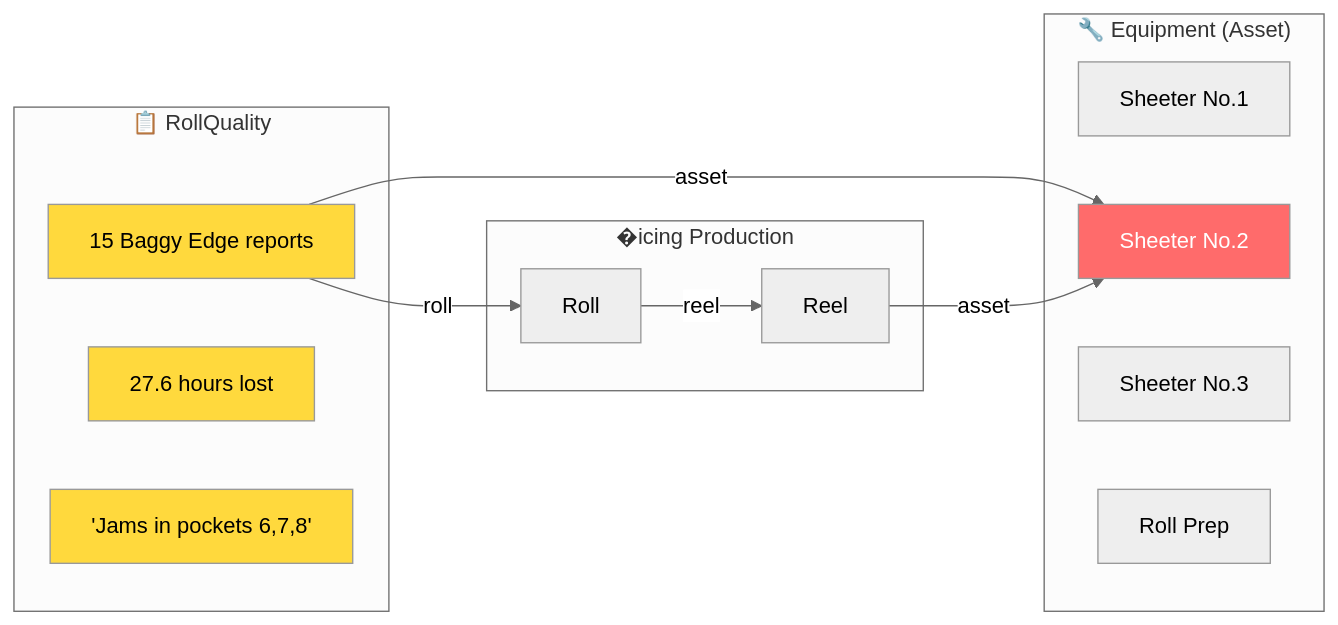
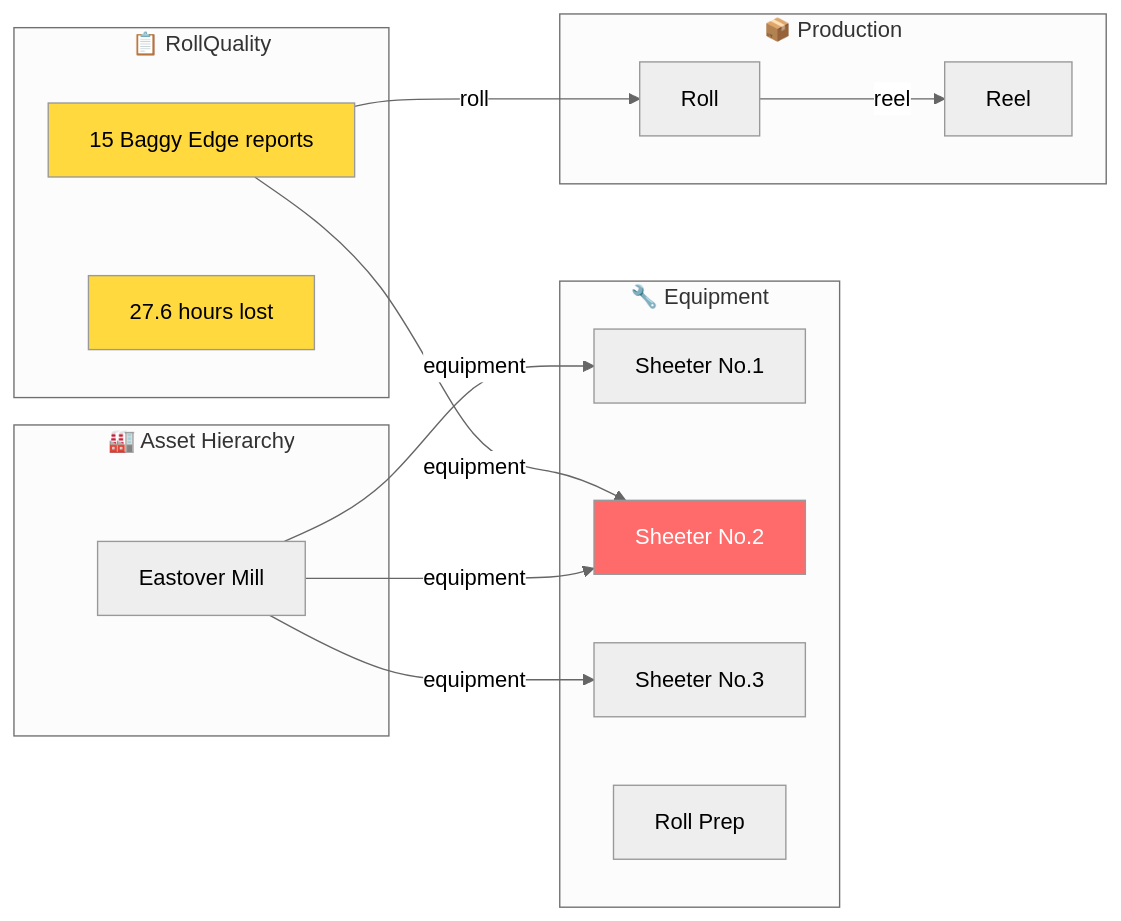
The third of 3 diagrams in docs/reference/data-model/MFG_CORE_WITH_EQUIPMENT.md (fbarsoba-cognite/sylvamo-project-documentation), drawn with Mermaid (neutral theme) before and after one commit. The commit also changed other lines of this file, not shown here.

First line of the commit message:
docs: Add Equipment container approach for quality linkage

````diff
--- a/docs/reference/data-model/MFG_CORE_WITH_EQUIPMENT.md
+++ b/docs/reference/data-model/MFG_CORE_WITH_EQUIPMENT.md
@@ -73,30 +128,34 @@
 ```mermaid
 flowchart LR
-    subgraph Equipment["🔧 Equipment (Asset)"]
+    subgraph Asset["🏭 Asset Hierarchy"]
+        A1["Eastover Mill"]
+    end
+
+    subgraph Equipment["🔧 Equipment"]
         S1["Sheeter No.1"]
         S2["Sheeter No.2"]
         S3["Sheeter No.3"]
         RP["Roll Prep"]
     end
 
     subgraph Quality["📋 RollQuality"]
         Q1["15 Baggy Edge reports"]
         Q2["27.6 hours lost"]
-        Q3["'Jams in pockets 6,7,8'"]
     end
 
-    subgraph Production["�icing Production"]
+    subgraph Production["📦 Production"]
         R1["Roll"]
         R2["Reel"]
     end
 
-    Q1 -->|asset| S2
+    A1 -->|equipment| S1
+    A1 -->|equipment| S2
+    A1 -->|equipment| S3
+    Q1 -->|equipment| S2
     Q1 -->|roll| R1
     R1 -->|reel| R2
-    R2 -->|asset| S2
 
     style S2 fill:#ff6b6b,color:#fff
     style Q1 fill:#ffd93d
     style Q2 fill:#ffd93d
-    style Q3 fill:#ffd93d
 ```
````
